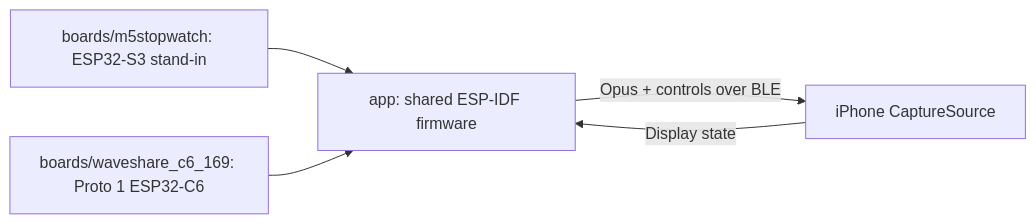
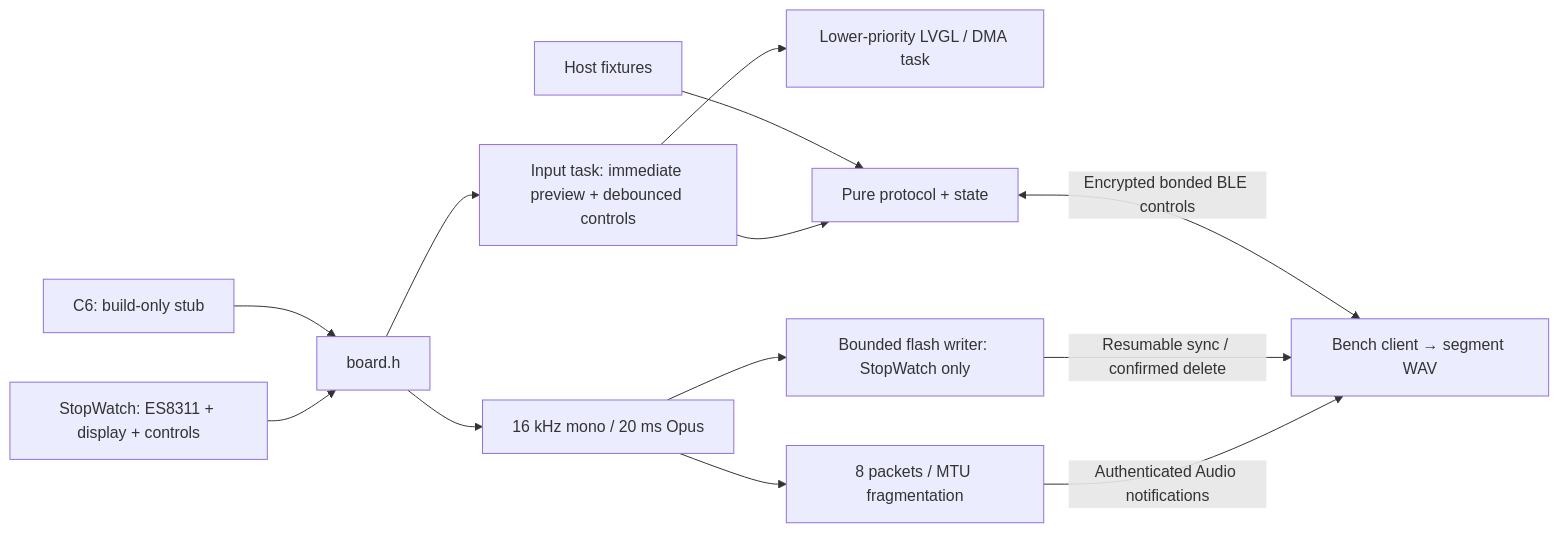
Before and after one commit to Harwasch/voiceremote: the diagram in FW/README.md, drawn with Mermaid. The commit also changed other lines of this file and 169 other files, not shown here.

First line of the commit message:
FW: voice remote firmware on the M5Stack StopWatch (#29)

````diff
--- a/FW/README.md
+++ b/FW/README.md
@@ -3,7 +3,15 @@
 ```mermaid
 flowchart LR
-    M5[boards/m5stopwatch: ESP32-S3 stand-in] --> App[app: shared ESP-IDF firmware]
-    C6[boards/waveshare_c6_169: Proto 1 ESP32-C6] --> App
-    App -->|Opus + controls over BLE| Phone[iPhone CaptureSource]
-    Phone -->|Display state| App
+    M5[StopWatch: ES8311 + display + controls] --> Board[board.h]
+    C6[C6: build-only stub] --> Board
+    Board --> UI[Input task: immediate preview + debounced controls]
+    UI --> Render[Lower-priority LVGL / DMA task]
+    UI --> State[Pure protocol + state]
+    Board --> Encoder[16 kHz mono / 20 ms Opus]
+    Encoder --> Queue[8 packets / MTU fragmentation]
+    Queue -->|Authenticated Audio notifications| Phone[Bench client → segment WAV]
+    Encoder --> Local[Bounded flash writer: StopWatch only]
+    Local -->|Resumable sync / confirmed delete| Phone
+    State <-->|Encrypted bonded BLE controls| Phone
+    Tests[Host fixtures] --> State
 ```
````
